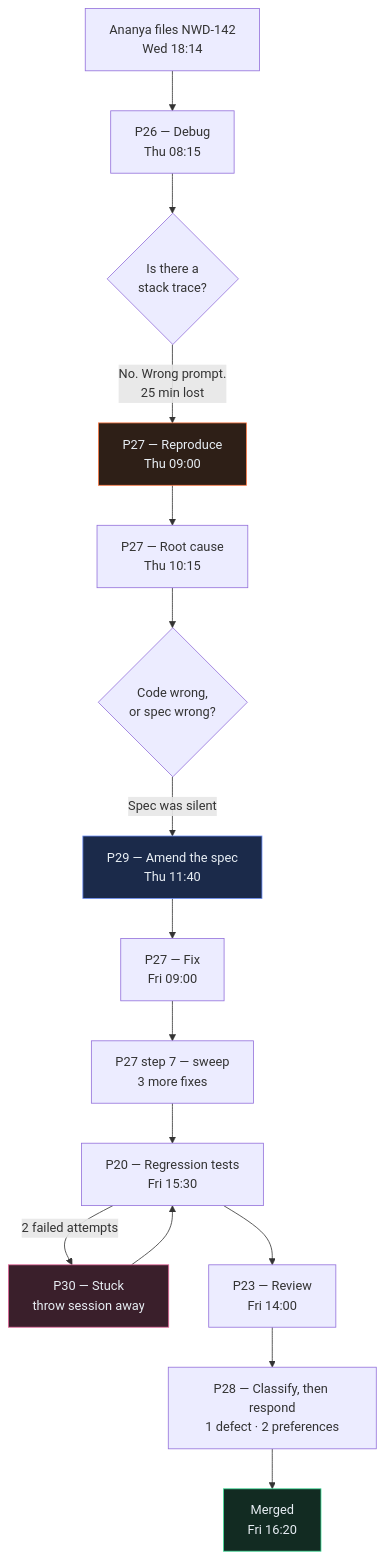
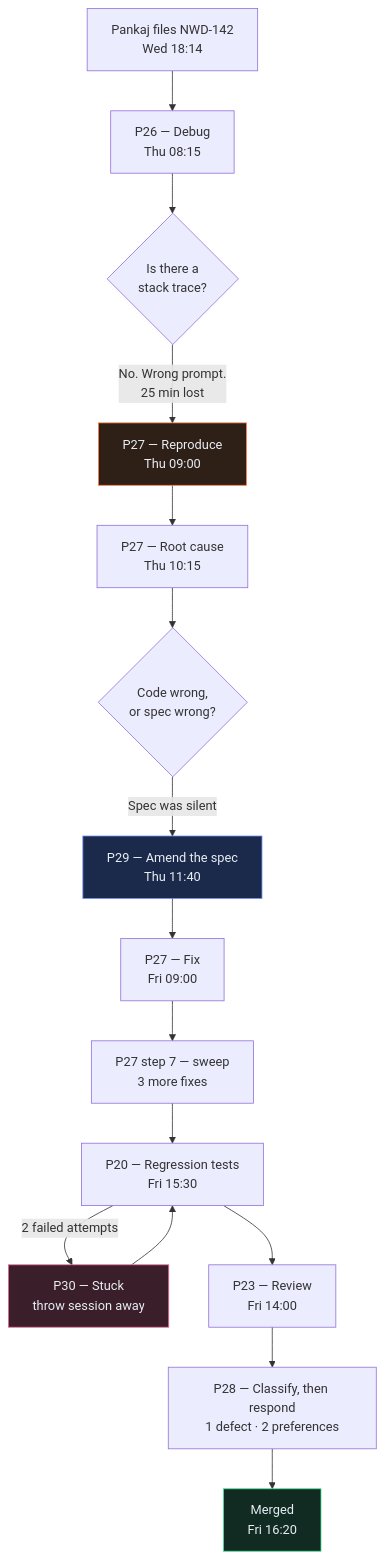
Before and after one commit to hemsingh81/learning-system-designs: the diagram in AI-Agile-Development/Case-Study/Python-ETL/08-sprint-3-rework.md, drawn with Mermaid. The commit also changed other lines of this file and 99 other files, not shown here.

````diff
--- a/AI-Agile-Development/Case-Study/Python-ETL/08-sprint-3-rework.md
+++ b/AI-Agile-Development/Case-Study/Python-ETL/08-sprint-3-rework.md
@@ -1372,31 +1372,31 @@
 ```mermaid
 flowchart TD
-    BUG["Ananya files NWD-142<br/>Wed 18:14"]
+    BUG["Pankaj files NWD-142<br/>Wed 18:14"]
     P26["P26 — Debug<br/>Thu 08:15"]
     MISFIRE{"Is there a<br/>stack trace?"}
     P27A["P27 — Reproduce<br/>Thu 09:00"]
     P27B["P27 — Root cause<br/>Thu 10:15"]
     SPEC{"Code wrong,<br/>or spec wrong?"}
     P29["P29 — Amend the spec<br/>Thu 11:40"]
     FIX["P27 — Fix<br/>Fri 09:00"]
     SWEEP["P27 step 7 — sweep<br/>3 more fixes"]
     P20["P20 — Regression tests<br/>Fri 15:30"]
     P30["P30 — Stuck<br/>throw session away"]
     P23["P23 — Review<br/>Fri 14:00"]
     P28["P28 — Classify, then respond<br/>1 defect · 2 preferences"]
     DONE["Merged<br/>Fri 16:20"]
 
     BUG --> P26 --> MISFIRE
     MISFIRE -->|"No. Wrong prompt.<br/>25 min lost"| P27A
     P27A --> P27B --> SPEC
     SPEC -->|"Spec was silent"| P29
     P29 --> FIX --> SWEEP --> P20
     P20 -->|"2 failed attempts"| P30
     P30 --> P20
     P20 --> P23 --> P28 --> DONE
 
     style P27A fill:#2E1F17,stroke:#FF7A45,color:#E8EEF4
     style P29 fill:#1B2A4A,stroke:#6C8EF5,color:#E8EEF4
     style P30 fill:#3A1F2B,stroke:#E5679B,color:#E8EEF4
     style DONE fill:#122B22,stroke:#3DDC97,color:#E8EEF4
 ```
````
